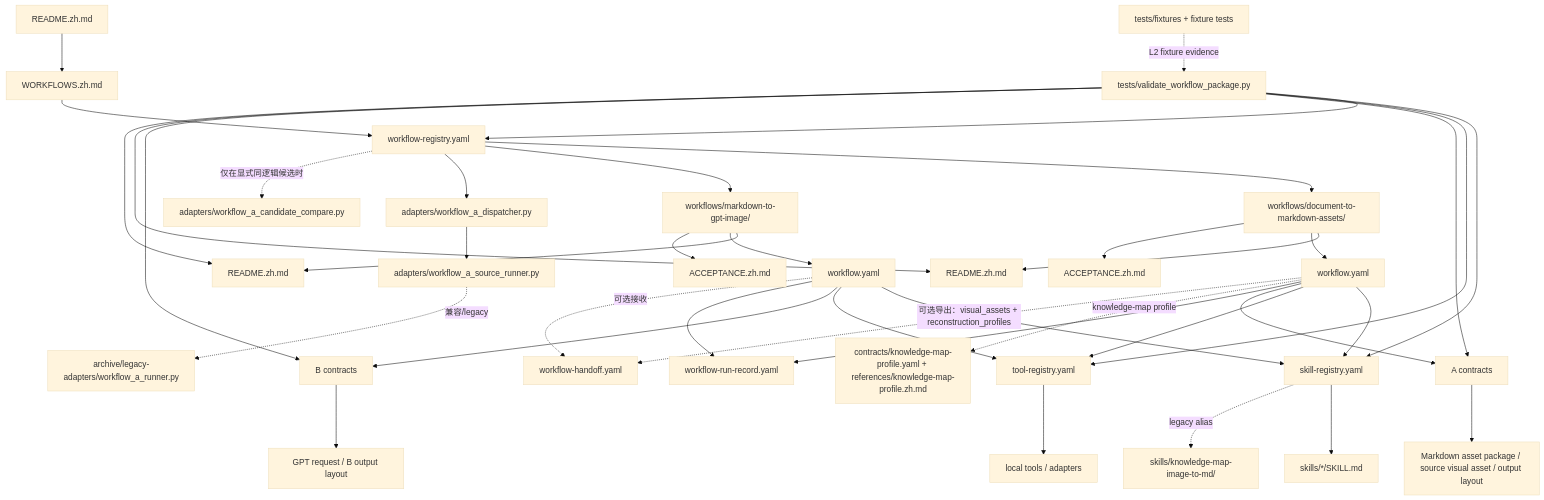
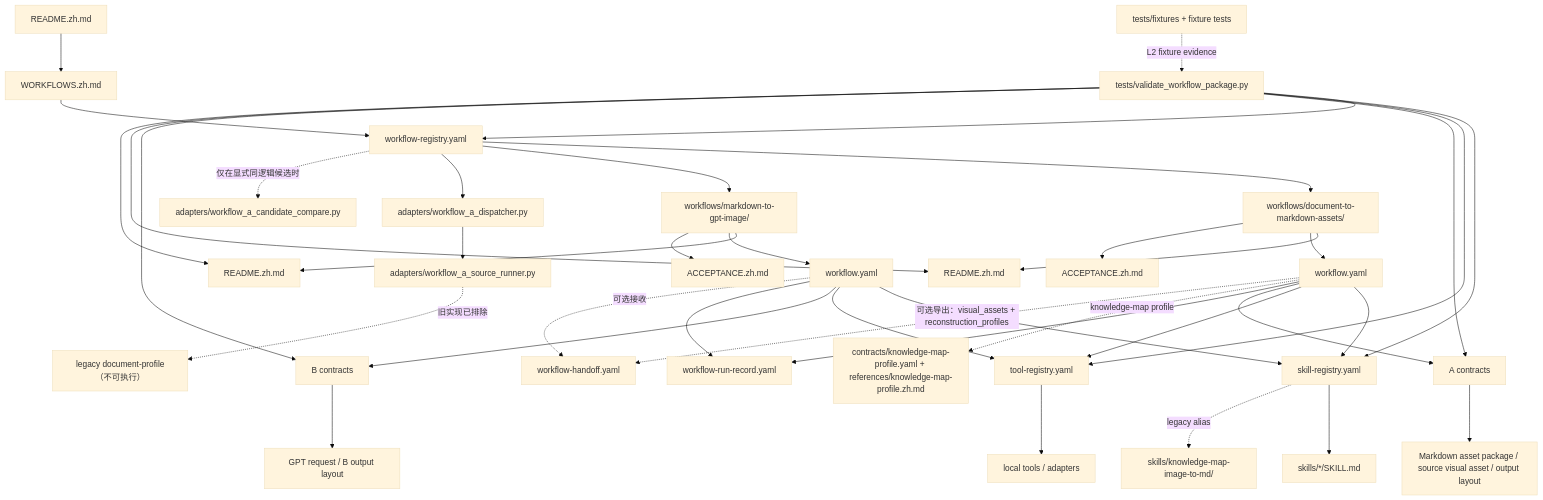
One commit to shopable-ai/document-to-markdown-workflow changed the fourth of 4 diagrams in WORKFLOW-MAP.zh.md. Above: the diagram before and after it, drawn with Mermaid (base theme). The commit also changed other lines of this file and 157 other files, not shown here.

````diff
--- a/WORKFLOW-MAP.zh.md
+++ b/WORKFLOW-MAP.zh.md
@@ -176,45 +184,45 @@
 ```mermaid
 flowchart TD
     R["README.zh.md"] --> W["WORKFLOWS.zh.md"]
     W --> WR["workflow-registry.yaml"]
     WR --> WA["workflows/document-to-markdown-assets/"]
     WR --> WB["workflows/markdown-to-gpt-image/"]
     WR --> D["adapters/workflow_a_dispatcher.py"]
     WR -. "仅在显式同逻辑候选时" .-> CC["adapters/workflow_a_candidate_compare.py"]
     D --> RUN["adapters/workflow_a_source_runner.py"]
-    RUN -. "兼容/legacy" .-> LEGACY["archive/legacy-adapters/workflow_a_runner.py"]
+    RUN -. "旧实现已排除" .-> LEGACY["legacy document-profile（不可执行）"]
 
     WA --> WAR["README.zh.md"]
     WA --> WAY["workflow.yaml"]
     WA --> WAC["ACCEPTANCE.zh.md"]
     WB --> WBR["README.zh.md"]
     WB --> WBY["workflow.yaml"]
     WB --> WBC["ACCEPTANCE.zh.md"]
 
     WAY --> SR["skill-registry.yaml"]
     WBY --> SR
     WAY --> TR["tool-registry.yaml"]
     WBY --> TR
     WAY --> CA["A contracts"]
     WBY --> CB["B contracts"]
     WAY --> RR["workflow-run-record.yaml"]
     WAY -. "knowledge-map profile" .-> KP["contracts/knowledge-map-profile.yaml + references/knowledge-map-profile.zh.md"]
     WBY --> RR
     WAY -. "可选导出：visual_assets + reconstruction_profiles" .-> HF["workflow-handoff.yaml"]
     WBY -. "可选接收" .-> HF
 
     SR --> SK["skills/*/SKILL.md"]
     SR -. "legacy alias" .-> KSK["skills/knowledge-map-image-to-md/"]
     TR --> TL["local tools / adapters"]
     CA --> OA["Markdown asset package / source visual asset / output layout"]
     CB --> OB["GPT request / B output layout"]
 
     V["tests/validate_workflow_package.py"] --> WR
     V --> SR
     V --> TR
     V --> CA
     V --> CB
     V --> WAR
     V --> WBR
     F["tests/fixtures + fixture tests"] -. "L2 fixture evidence" .-> V
 ```
````
